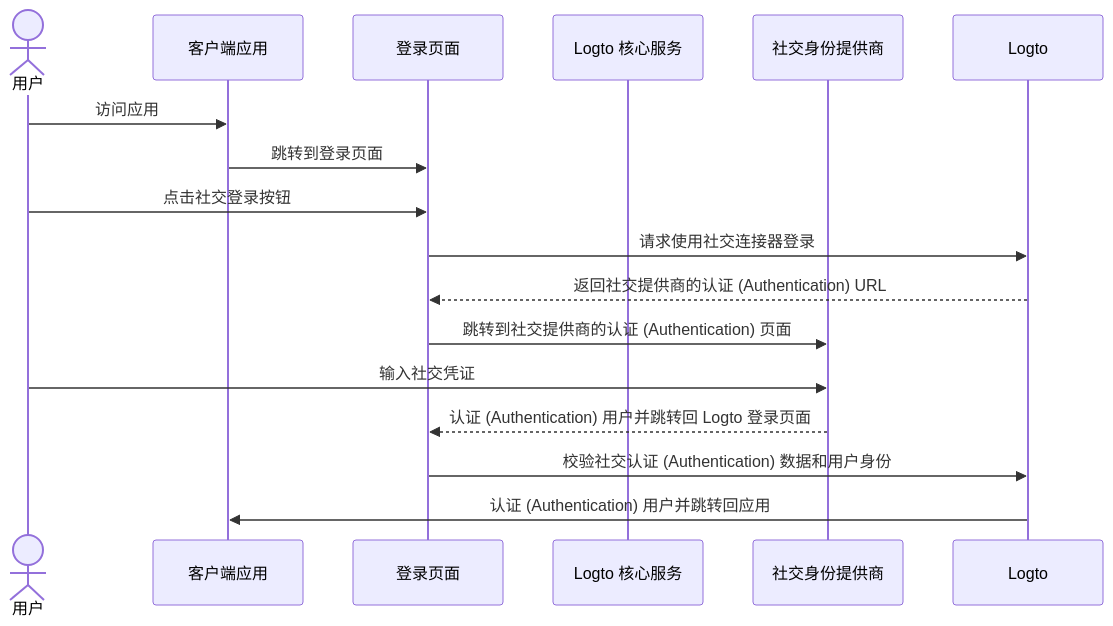
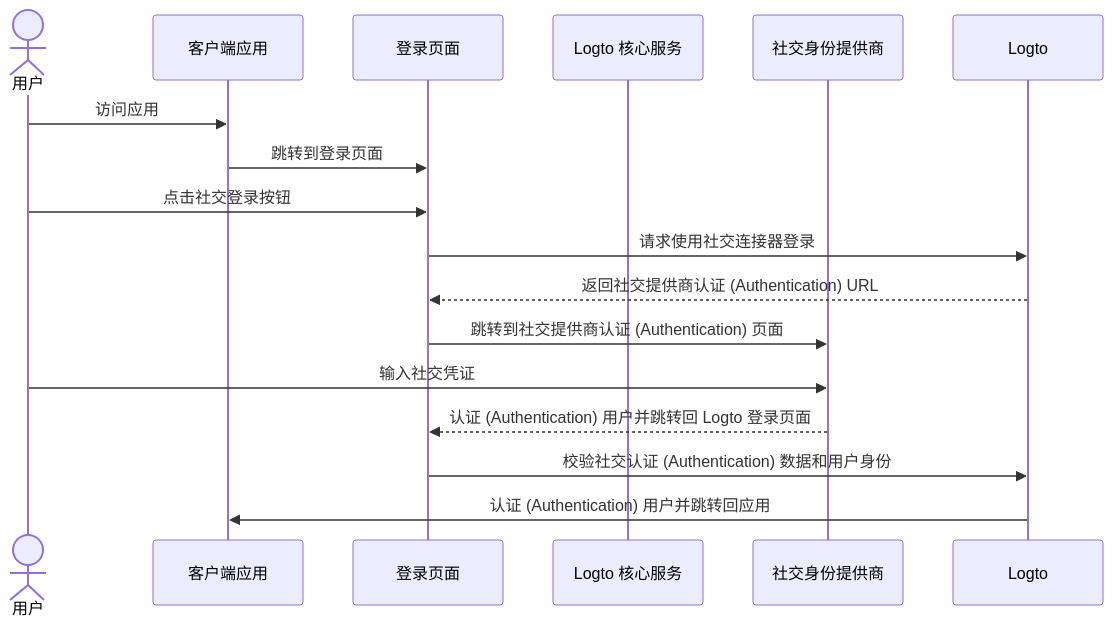
The first of 6 diagrams in i18n/zh-CN/docusaurus-plugin-content-docs/current/end-user-flows/sign-up-and-sign-in/social-sign-in.mdx (logto-io/docs), drawn with Mermaid before and after one commit. The commit also changed other lines of this file and 666 other files, not shown here.

````diff
--- a/i18n/zh-CN/docusaurus-plugin-content-docs/current/end-user-flows/sign-up-and-sign-in/social-sign-in.mdx
+++ b/i18n/zh-CN/docusaurus-plugin-content-docs/current/end-user-flows/sign-up-and-sign-in/social-sign-in.mdx
@@ -36,19 +36,19 @@
 ```mermaid
 sequenceDiagram
     actor user as 用户
     participant app as 客户端应用
     participant experience as 登录页面
     participant logto as Logto 核心服务
     participant social as 社交身份提供商
 
     user->>app: 访问应用
     app->>experience: 跳转到登录页面
     user->>experience: 点击社交登录按钮
     experience->>Logto: 请求使用社交连接器登录
-    Logto-->>experience: 返回社交提供商的认证 (Authentication) URL
-    experience->>social: 跳转到社交提供商的认证 (Authentication) 页面
+    Logto-->>experience: 返回社交提供商认证 (Authentication) URL
+    experience->>social: 跳转到社交提供商认证 (Authentication) 页面
     user->>social: 输入社交凭证
     social-->>experience: 认证 (Authentication) 用户并跳转回 Logto 登录页面
     experience->>Logto: 校验社交认证 (Authentication) 数据和用户身份
     Logto->>app: 认证 (Authentication) 用户并跳转回应用
 ```
````
